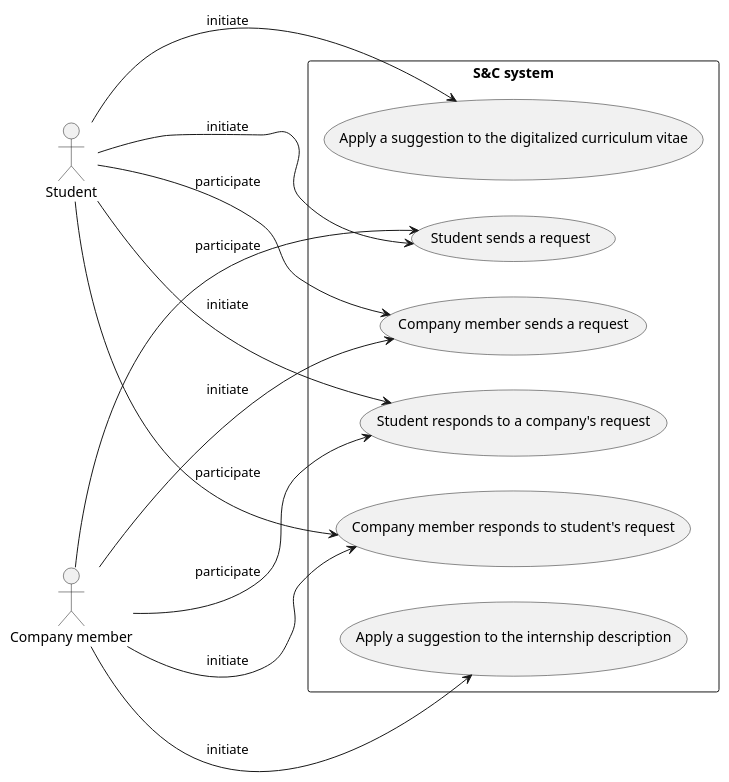
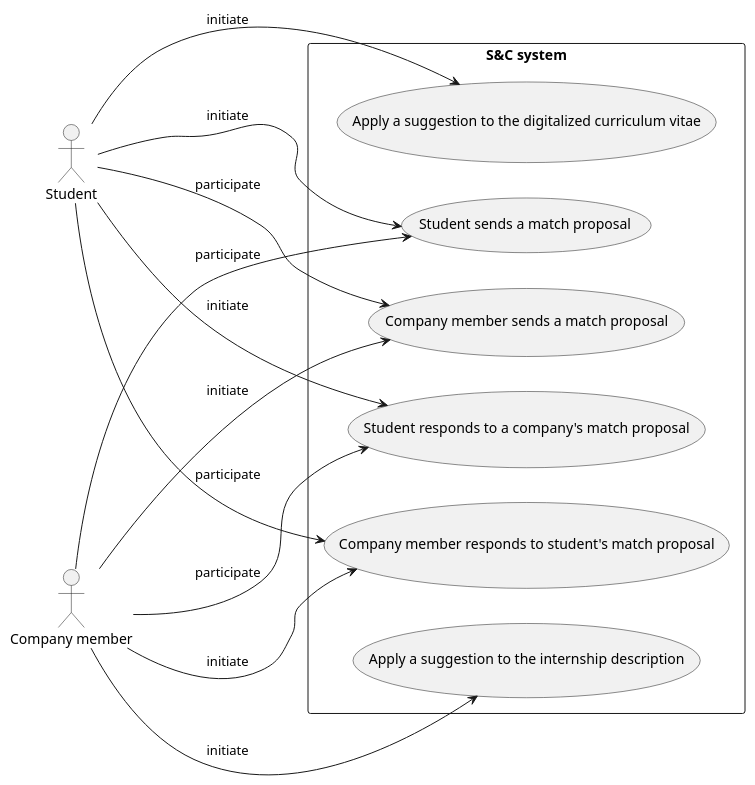
The diagram in RASD/Specific_requirements/uml_diagrams/use_cases_diagram4.puml (matti8702/R_and_DD_project_SE2), drawn with PlantUML before and after one commit. The commit also changed 3 other files, not shown here.

Commit message:
refactor: replace 'request' with 'match proposal'

```diff
--- a/RASD/Specific_requirements/uml_diagrams/use_cases_diagram4.puml
+++ b/RASD/Specific_requirements/uml_diagrams/use_cases_diagram4.puml
@@ -1,31 +1,31 @@
 @startuml use_cases_diagram4
 left to right direction
 
 actor :Student: as ST
 actor :Company member: as CM
 
 rectangle "S&C system" {
     usecase (Apply a suggestion to the digitalized curriculum vitae) as UC14
     usecase (Apply a suggestion to the internship description) as UC15
-    usecase (Student sends a request) as UC16
-    usecase (Company member sends a request) as UC17
-    usecase (Student responds to a company's request) as UC18
-    usecase (Company member responds to student's request) as UC19
+    usecase (Student sends a match proposal) as UC16
+    usecase (Company member sends a match proposal) as UC17
+    usecase (Student responds to a company's match proposal) as UC18
+    usecase (Company member responds to student's match proposal) as UC19
 }
 
 ST -> UC14: initiate
 
 CM -> UC15: initiate
 
 ST ---> UC16 : initiate
 CM ---> UC16 : participate
 
 CM ---> UC17 : initiate
 ST ---> UC17 : participate
 
 ST ---> UC18 : initiate
 CM ---> UC18 : participate
 
 CM ---> UC19 : initiate
 ST ---> UC19 : participate
 @enduml
```
